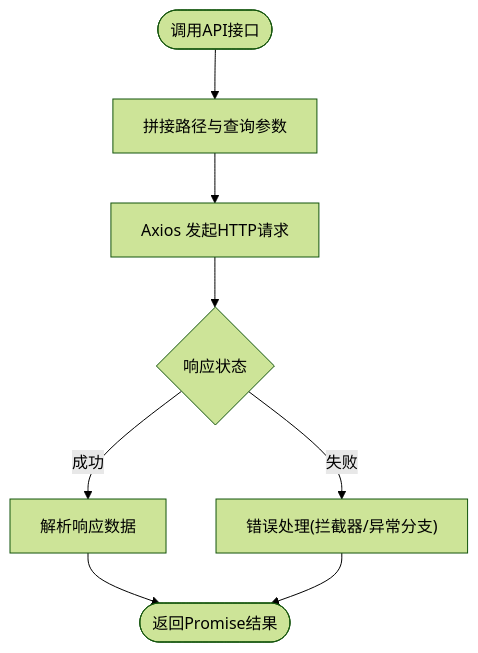
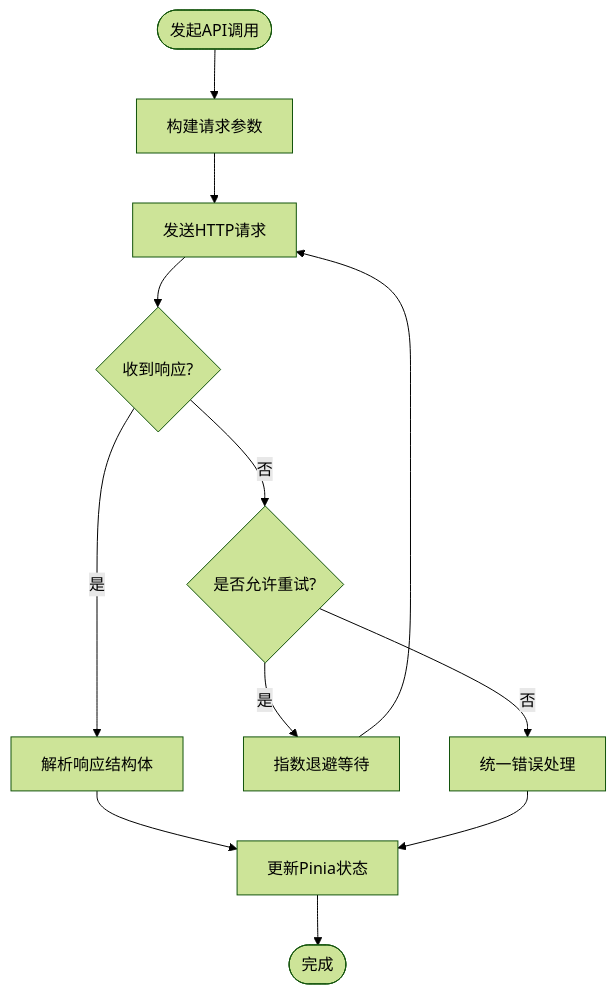
One commit to We3le7/stock-view changed the third of 9 diagrams in .qoder/repowiki/zh/content/前端开发/API客户端.md. Above: the diagram before and after it, drawn with Mermaid (forest theme). The commit also changed other lines of this file and 142 other files, not shown here.

````diff
--- a/.qoder/repowiki/zh/content/前端开发/API客户端.md
+++ b/.qoder/repowiki/zh/content/前端开发/API客户端.md
@@ -120,10 +157,13 @@
 ```mermaid
 flowchart TD
-Start(["调用API接口"]) --> BuildURL["拼接路径与查询参数"]
-BuildURL --> SendReq["Axios 发起HTTP请求"]
-SendReq --> Resp{"响应状态"}
-Resp --> |成功| Parse["解析响应数据"]
-Resp --> |失败| HandleErr["错误处理(拦截器/异常分支)"]
-Parse --> Done(["返回Promise结果"])
-HandleErr --> Done
+Start(["发起API调用"]) --> BuildReq["构建请求参数"]
+BuildReq --> Send["发送HTTP请求"]
+Send --> Resp{"收到响应?"}
+Resp --> |是| Parse["解析响应结构体"]
+Resp --> |否| Retry{"是否允许重试?"}
+Retry --> |是| Backoff["指数退避等待"] --> Send
+Retry --> |否| HandleErr["统一错误处理"]
+Parse --> UpdateStore["更新Pinia状态"]
+HandleErr --> UpdateStore
+UpdateStore --> End(["完成"])
 ```
````
